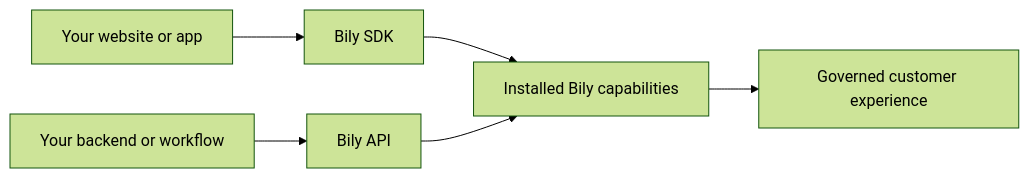
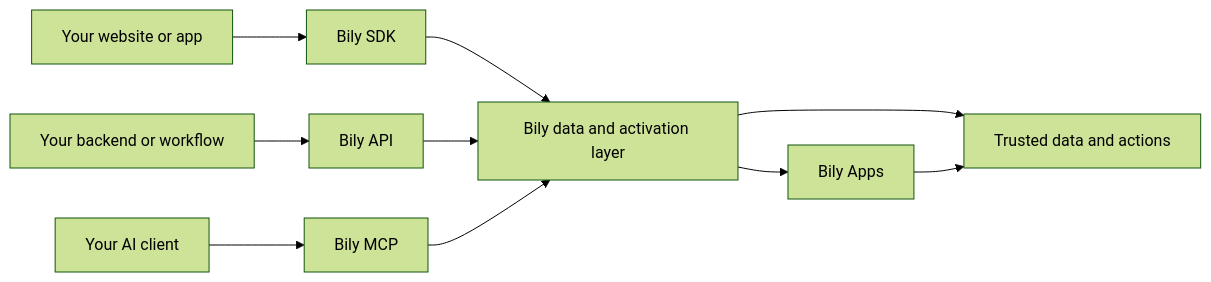
The diagram in concepts/what-is-bily.mdx (the-boring-ai/mintlify-docs), drawn with Mermaid (forest theme) before and after one commit. The commit also changed other lines of this file and 39 other files, not shown here.

Commit message:
docs: expand Bily SDK API and MCP guides (#4)

````diff
--- a/concepts/what-is-bily.mdx
+++ b/concepts/what-is-bily.mdx
@@ -31,8 +31,12 @@
 ```mermaid
 flowchart LR
   A["Your website or app"] --> B["Bily SDK"]
   C["Your backend or workflow"] --> D["Bily API"]
-  B --> E["Installed Bily capabilities"]
+  G["Your AI client"] --> H["Bily MCP"]
+  B --> E["Bily data and activation layer"]
   D --> E
-  E --> F["Governed customer experience"]
+  H --> E
+  E --> I["Bily Apps"]
+  E --> F["Trusted data and actions"]
+  I --> F
 ```
````
